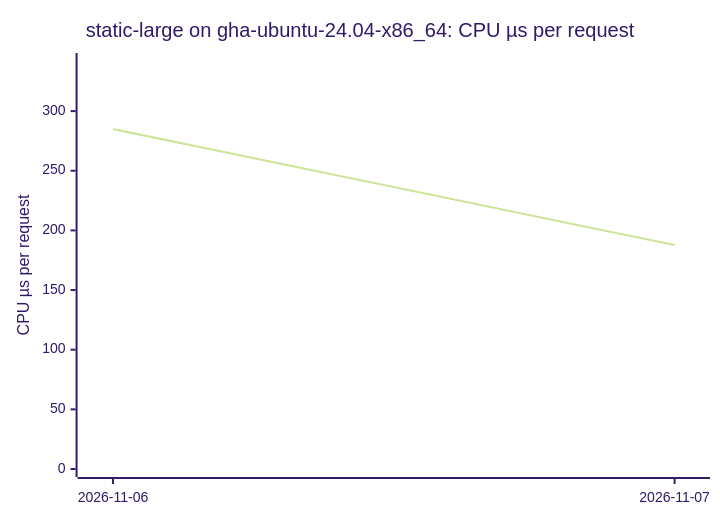
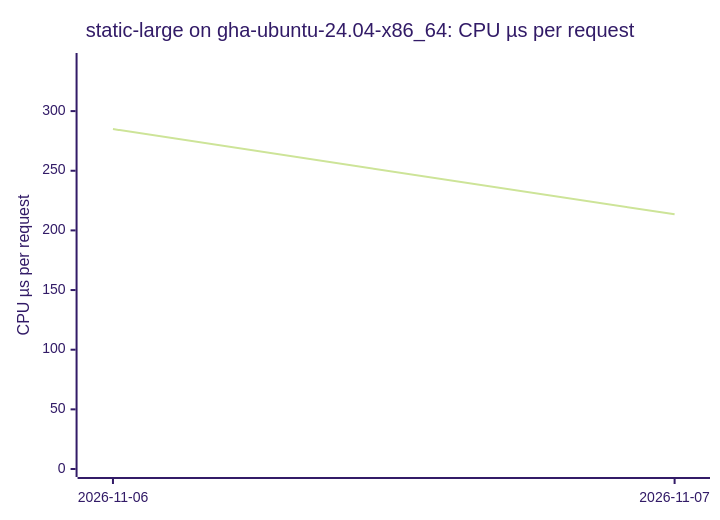
Before and after one commit to ThePixelPilgrim/durchlauferhitzer: the second of 16 diagrams in BENCHMARKS.md, drawn with Mermaid (forest theme). The commit also changed other lines of this file and 1 other file, not shown here.

````diff
--- a/BENCHMARKS.md
+++ b/BENCHMARKS.md
@@ -34,7 +35,7 @@
 ```mermaid
 xychart-beta
   title "static-large on gha-ubuntu-24.04-x86_64: CPU µs per request"
   x-axis ["2026-11-06", "2026-11-07"]
   y-axis "CPU µs per request" 0 --> 342
-  line [284.94, 187.68]
+  line [284.94, 213.45]
 ```
````
